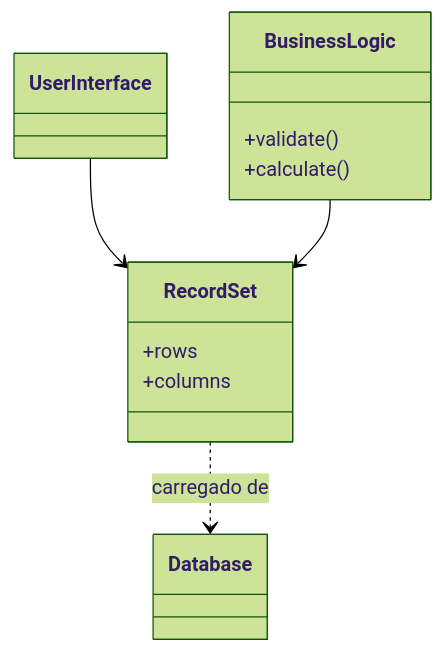
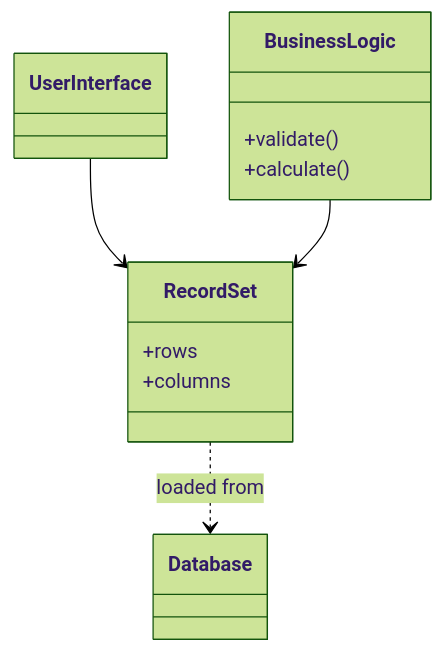
The diagram in docs/application/poeaa/base/record-set.md (alancesar/design-patterns), drawn with Mermaid (forest theme) before and after one commit. The commit also changed 258 other files, not shown here.

First line of the commit message:
Translate Mermaid diagrams to English

````diff
--- a/docs/application/poeaa/base/record-set.md
+++ b/docs/application/poeaa/base/record-set.md
@@ -54,16 +54,16 @@
 ```mermaid
 classDiagram
     class UserInterface
     class BusinessLogic {
         +validate()
         +calculate()
     }
     class RecordSet {
         +rows
         +columns
     }
     class Database
     UserInterface --> RecordSet
     BusinessLogic --> RecordSet
-    RecordSet ..> Database : carregado de
+    RecordSet ..> Database : loaded from
 ```
````
